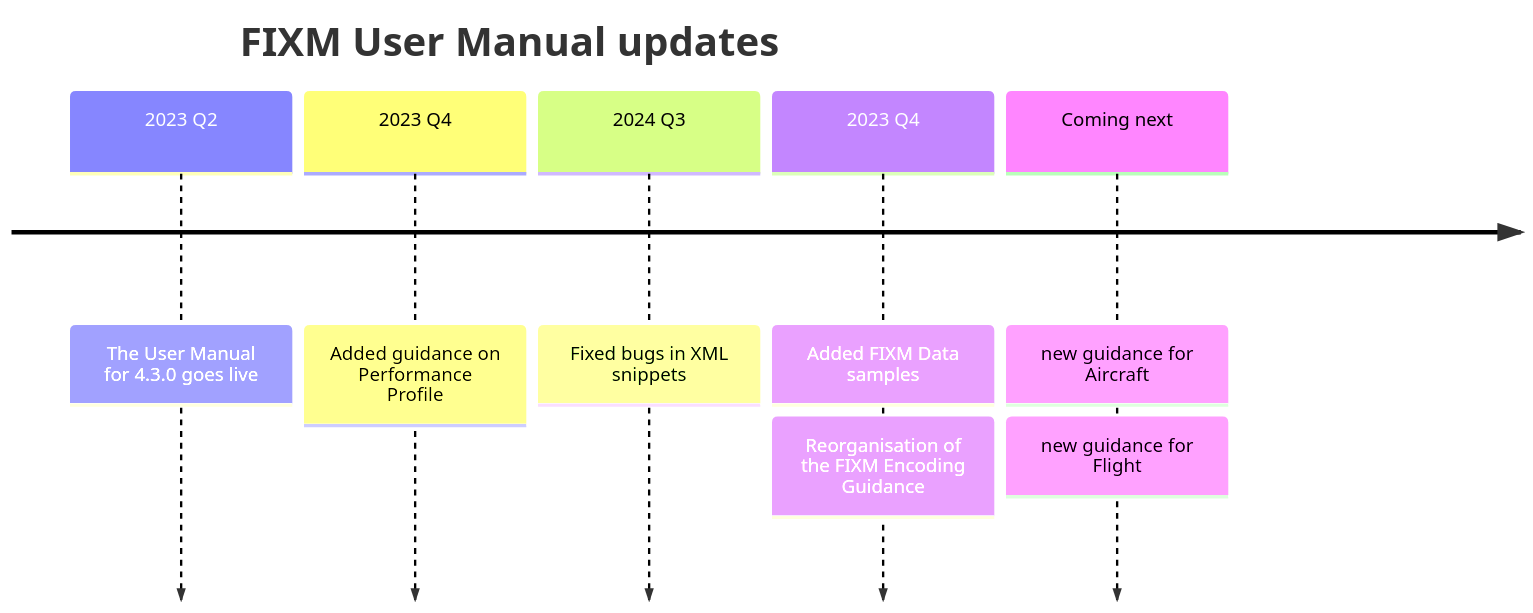
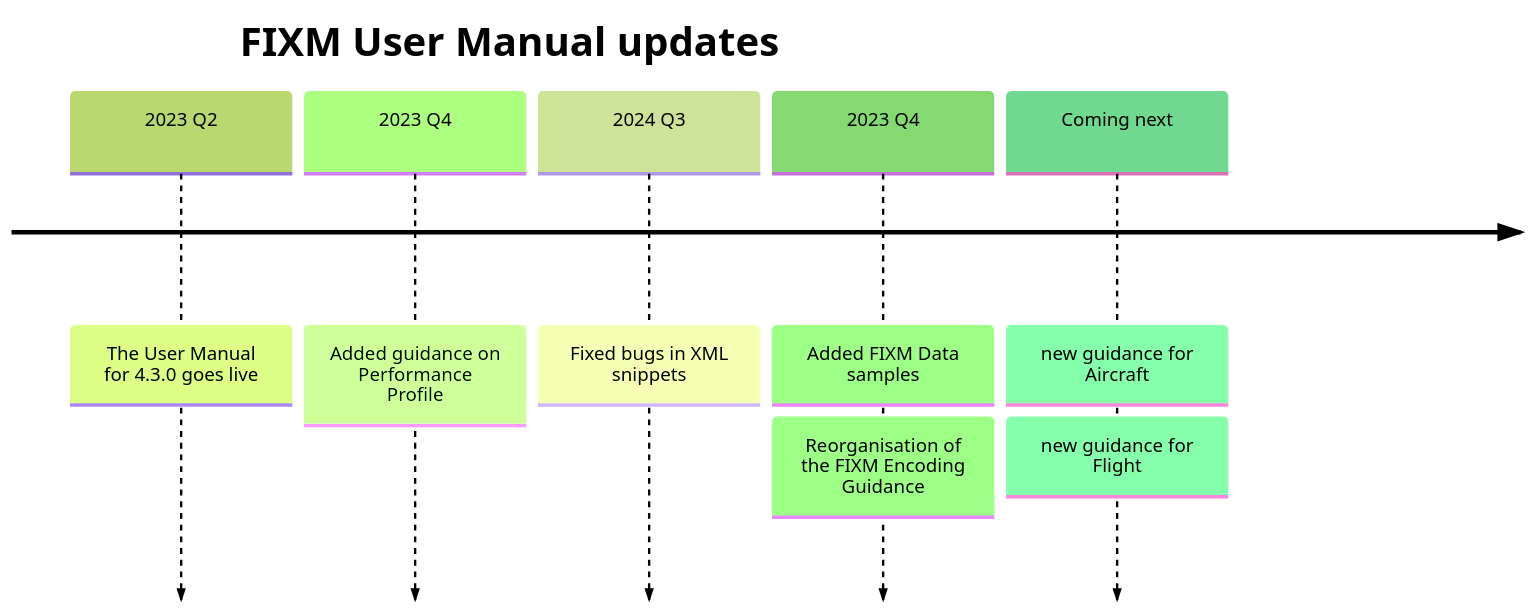
One commit to fixm-ccb/sandbox changed the diagram in docs/topic3/test_fx_flight.md. Above: the diagram before and after it, drawn with Mermaid.

````diff
--- a/docs/topic3/test_fx_flight.md
+++ b/docs/topic3/test_fx_flight.md
@@ -4,9 +4,10 @@
 ```mermaid
+%%{init: { 'logLevel': 'debug', 'theme': 'forest' } }%%
 timeline
   title FIXM User Manual updates 
     2023 Q2 : The User Manual for 4.3.0 goes live
     2023 Q4 : Added guidance on Performance Profile
     2024 Q3 : Fixed bugs in XML snippets
     2023 Q4 : Added FIXM Data samples : Reorganisation of the FIXM Encoding Guidance
     Coming next : new guidance for Aircraft : new guidance for Flight
 ```
````
